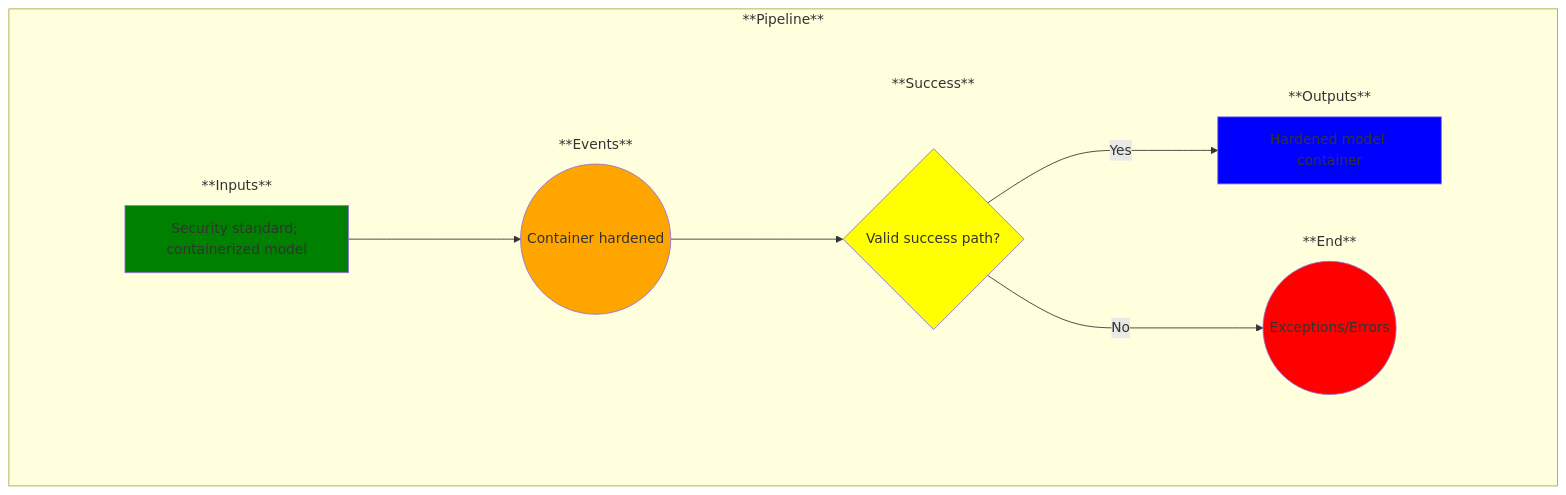
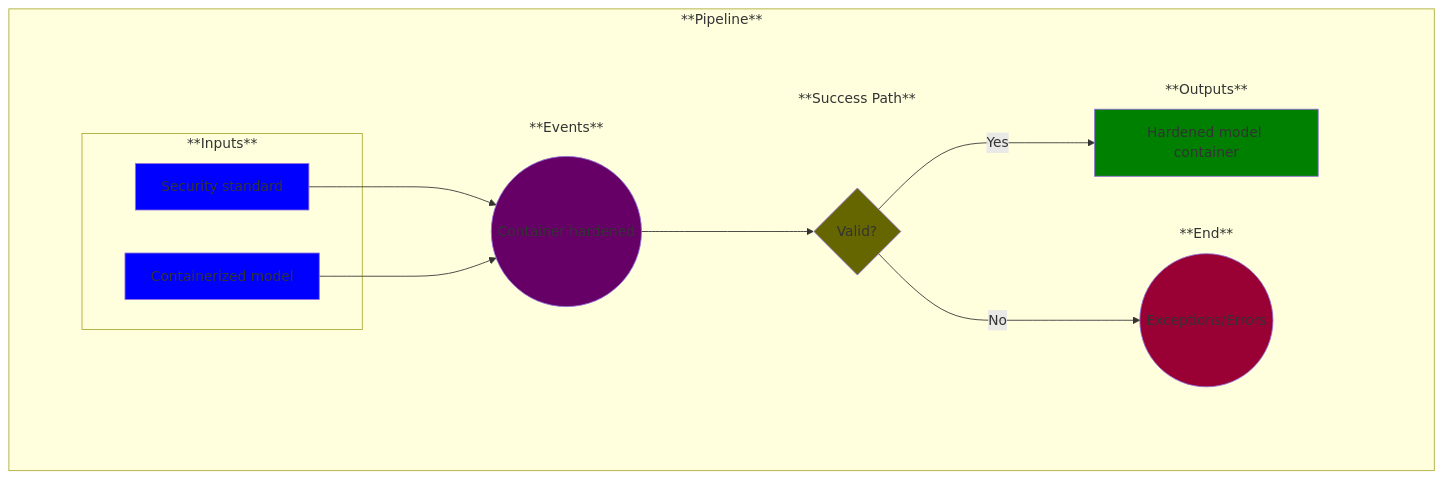
The diagram in use-cases/13-container-security-scan.md (MLOps-OpenAPI/arch-diagrams), drawn with Mermaid before and after one commit. The commit also changed other lines of this file and 9 other files, not shown here.

````diff
--- a/use-cases/13-container-security-scan.md
+++ b/use-cases/13-container-security-scan.md
@@ -16,67 +16,74 @@
 ```mermaid
 
 %% Creating a left-to-right flowchart
 %% Learn the syntax here: https://mermaid.js.org/syntax/flowchart.html
 %% Note: flowchart and graph are the same in Mermaid
 graph LR;
 
     %% Define the common flow items:
     %%A--> B
     %%B-->C
     subgraph Pipeline ["**Pipeline**"]
         
         %% Add an empty node to overcome some formatting issues
         subgraph invisibleSpace["<br/>"]
 
             %% Add the rest of the nodes
             subgraph Inputs ["**Inputs**"]
-                A
+                A1
+            end
+            subgraph Inputs ["**Inputs**"]
+                A2
             end
             subgraph Events ["**Events**"]
                 B
             end
-            subgraph Success ["**Success**"]
+            subgraph Success ["**Success Path**"]
                 C
             end
             subgraph End ["**End**"]
                 D
             end
             subgraph Outputs ["**Outputs**"]
                 E
             end
         end
-        A-->B
+        A1-->B
+        A2-->B
         B-->C
         C--> | No | D
         C--> | Yes | E
     end
 
     %% Now label and style the blocks
     %% Note: You could have done this above, but I find this to be cleaner and easier to manage
 
-    A[Security standard; containerized model]
-    style A fill:green
+    A1[Security standard]
+    style A1 fill:blue
+
+    A2[Containerized model]
+    style A2 fill:blue
 
     B((Container hardened))
-    style B fill:orange
+    style B fill:#660066
 
     C[Hardened model container]
     style C fill:blue
 
-    C{Valid success path?}
-    style C fill:yellow
+    C{Valid?}
+    style C fill:#666600
 
     D((Exceptions/Errors))
-    style D fill:red
+    style D fill:#990033
 
     E[Hardened model container]
-    style E fill:blue
+    style E fill:green
 
     %% Remove unnecessary box outlines
     style invisibleSpace stroke-width:0
     style Inputs stroke-width:0
     style Events stroke-width:0
     style Outputs stroke-width:0
     style End stroke-width:0
     style Success stroke-width:0
 ```
````
